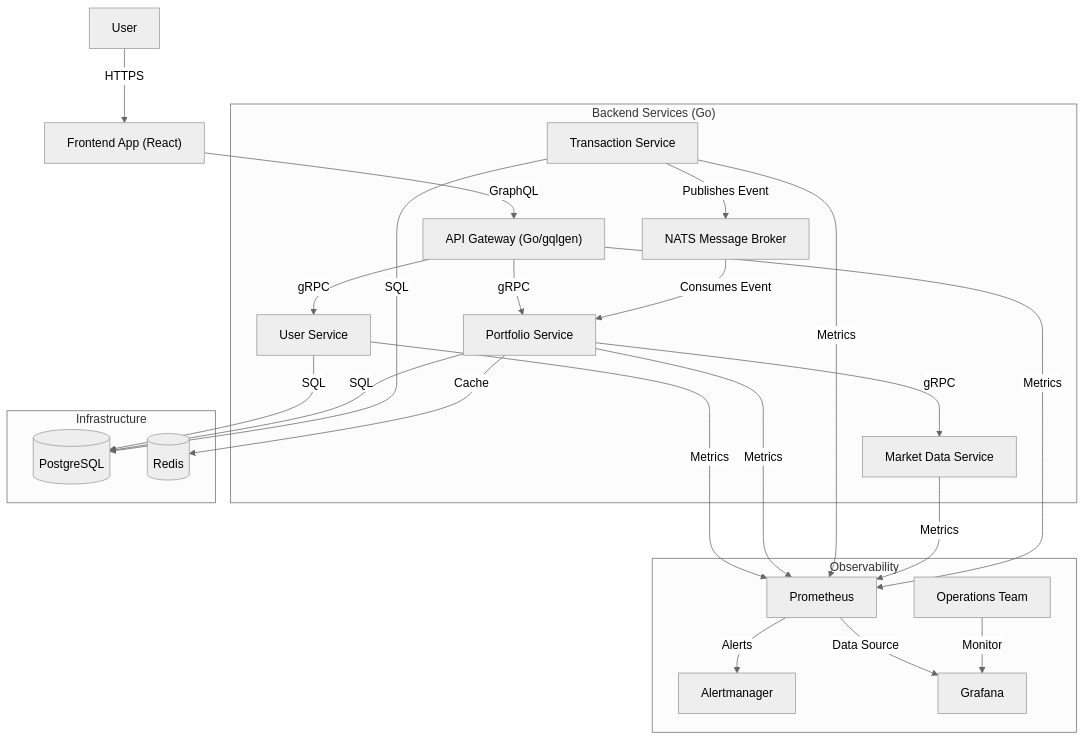
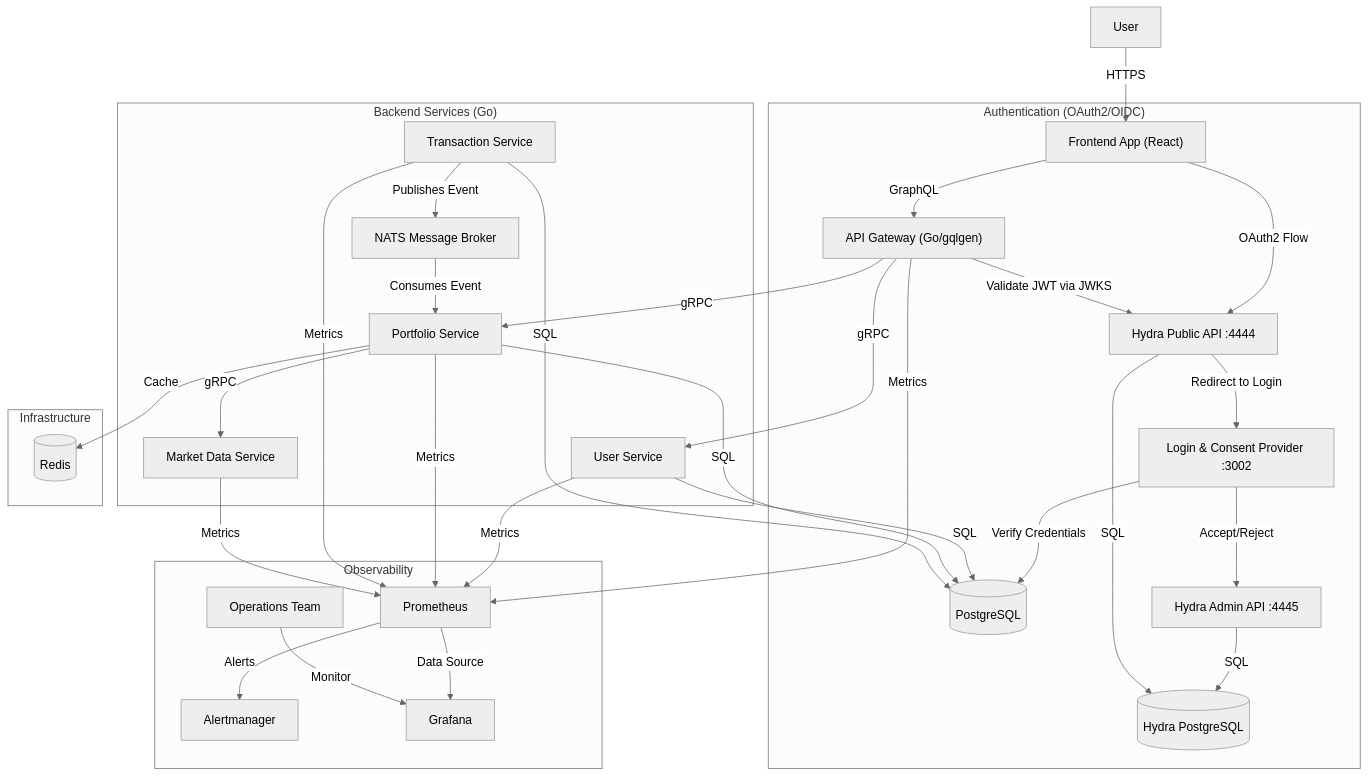
One commit to garcios/portfolio-insights changed the first of 3 diagrams in README.md. Above: the diagram before and after it, drawn with Mermaid (neutral theme). The commit also changed other lines of this file, not shown here.

Commit message:
feat: Add detailed authentication layer using Hydra OAuth2/OIDC and update API Gateway to validate JWTs.

````diff
--- a/README.md
+++ b/README.md
@@ -11,35 +11,45 @@
 ```mermaid
 graph TD
     User[User] -->|HTTPS| Frontend["Frontend App (React)"]
     Frontend -->|GraphQL| Gateway["API Gateway (Go/gqlgen)"]
+    
+    subgraph "Authentication (OAuth2/OIDC)"
+        Frontend -->|OAuth2 Flow| HydraPublic["Hydra Public API :4444"]
+        HydraPublic -->|Redirect to Login| LoginConsent["Login & Consent Provider :3002"]
+        LoginConsent -->|Verify Credentials| DB[(PostgreSQL)]
+        LoginConsent -->|Accept/Reject| HydraAdmin["Hydra Admin API :4445"]
+        HydraAdmin -->|SQL| HydraDB[(Hydra PostgreSQL)]
+        HydraPublic -->|SQL| HydraDB
+        Gateway -->|Validate JWT via JWKS| HydraPublic
+    end
     
     subgraph "Backend Services (Go)"
         Gateway -->|gRPC| UserService[User Service]
         Gateway -->|gRPC| PortfolioService[Portfolio Service]
         
         PortfolioService -->|gRPC| MarketData[Market Data Service]
         
         TransactionService[Transaction Service] -->|Publishes Event| NATS[NATS Message Broker]
         NATS -->|Consumes Event| PortfolioService
     end
     
     subgraph "Infrastructure"
-        UserService -->|SQL| DB[(PostgreSQL)]
+        UserService -->|SQL| DB
         PortfolioService -->|SQL| DB
         TransactionService -->|SQL| DB
         PortfolioService -->|Cache| Redis[(Redis)]
     end
     
     subgraph "Observability"
         UserService -->|Metrics| Prometheus[Prometheus]
         PortfolioService -->|Metrics| Prometheus
         TransactionService -->|Metrics| Prometheus
         MarketData -->|Metrics| Prometheus
         Gateway -->|Metrics| Prometheus
         
         Prometheus -->|Alerts| Alertmanager[Alertmanager]
         Prometheus -->|Data Source| Grafana[Grafana]
         
         Ops[Operations Team] -->|Monitor| Grafana
     end
 ```
````
